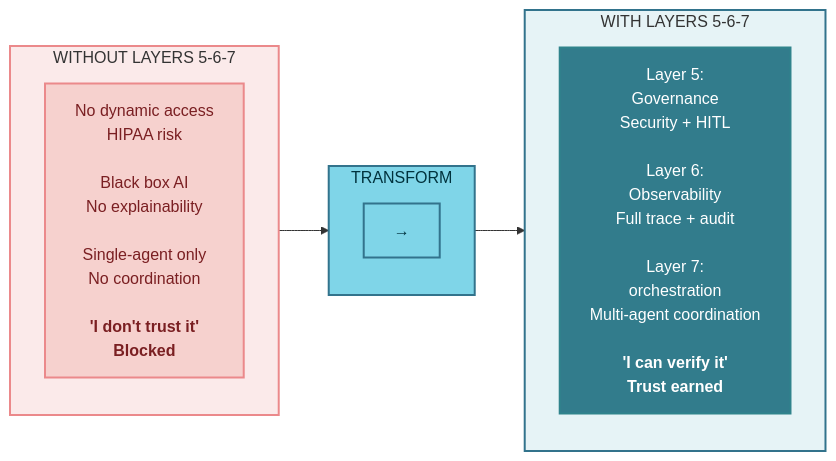
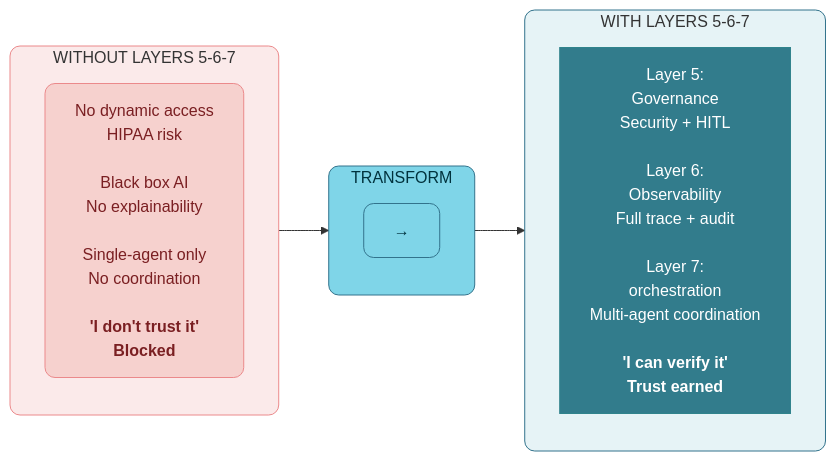
The first of 14 diagrams in manuscript/07_chapter_6_transparency_orchestration_layers.md (colaberry/trust-before-intelligence-book), drawn with Mermaid before and after one commit. The commit also changed other lines of this file and 12 other files, not shown here.

````diff
--- a/manuscript/07_chapter_6_transparency_orchestration_layers.md
+++ b/manuscript/07_chapter_6_transparency_orchestration_layers.md
@@ -8,28 +8,28 @@
 ```mermaid
 
 graph LR
     subgraph WITHOUT["WITHOUT LAYERS 5-6-7"]
         direction TB
         W1["No dynamic access<br/>HIPAA risk<br/><br/>Black box AI<br/>No explainability<br/><br/>Single-agent only<br/>No coordination<br/><br/><b>'I don't trust it'<br/>Blocked</b>"]
     end
     
     subgraph TRANSFORM["TRANSFORM"]
         direction TB
         T1["→"]
     end
     
     subgraph WITH["WITH LAYERS 5-6-7"]
         direction TB
         L1["Layer 5:<br/>Governance<br/> Security + HITL<br/><br/>Layer 6:<br/>Observability<br/>Full trace + audit<br/><br/>Layer 7:<br/>orchestration<br/>Multi-agent coordination<br/><br/><b>'I can verify it'<br/>Trust earned</b>"]
     end
     
     WITHOUT --> TRANSFORM --> WITH
     
-    style WITHOUT fill:#FBEAEA,stroke:#EB898B,stroke-width:2px
-    style TRANSFORM fill:#7FD5E8,stroke:#32738C,stroke-width:2px,color:#00323D
-    style WITH fill:#E6F3F6,stroke:#32738C,stroke-width:2px
-    style W1 fill:#F6D1CE,stroke:#EB898B,stroke-width:2px,color:#7A1F22
-    style T1 fill:#7FD5E8,stroke:#32738C,stroke-width:2px,color:#00323D
-    style L1 fill:#327C8C,stroke:#30838C,stroke-width:2px,color:#ffffff
+    style WITHOUT fill:#FBEAEA,stroke:#EB898B,stroke-width:1px,rx:10,ry:10
+    style TRANSFORM fill:#7FD5E8,stroke:#32738C,stroke-width:1px,color:#00323D,rx:10,ry:10
+    style WITH fill:#E6F3F6,stroke:#32738C,stroke-width:1px,rx:10,ry:10,rx:10,ry:10
+    style W1 fill:#F6D1CE,stroke:#EB898B,stroke-width:1px,color:#7A1F22,rx:10,ry:10
+    style T1 fill:#7FD5E8,stroke:#32738C,stroke-width:1px,color:#00323D,rx:10,ry:10
+    style L1 fill:#327C8C,stroke:#30838C,stroke-width:1px,color:#ffffff
 
 ```
````
